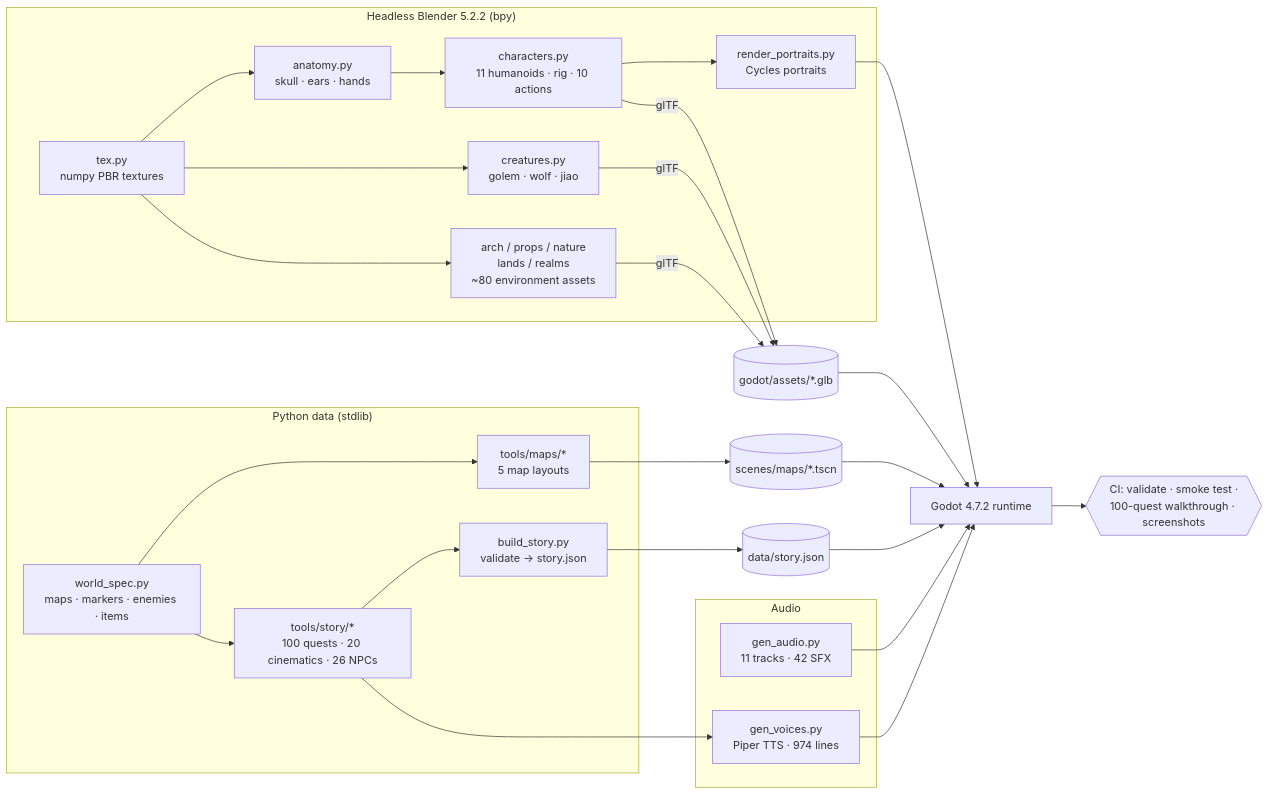
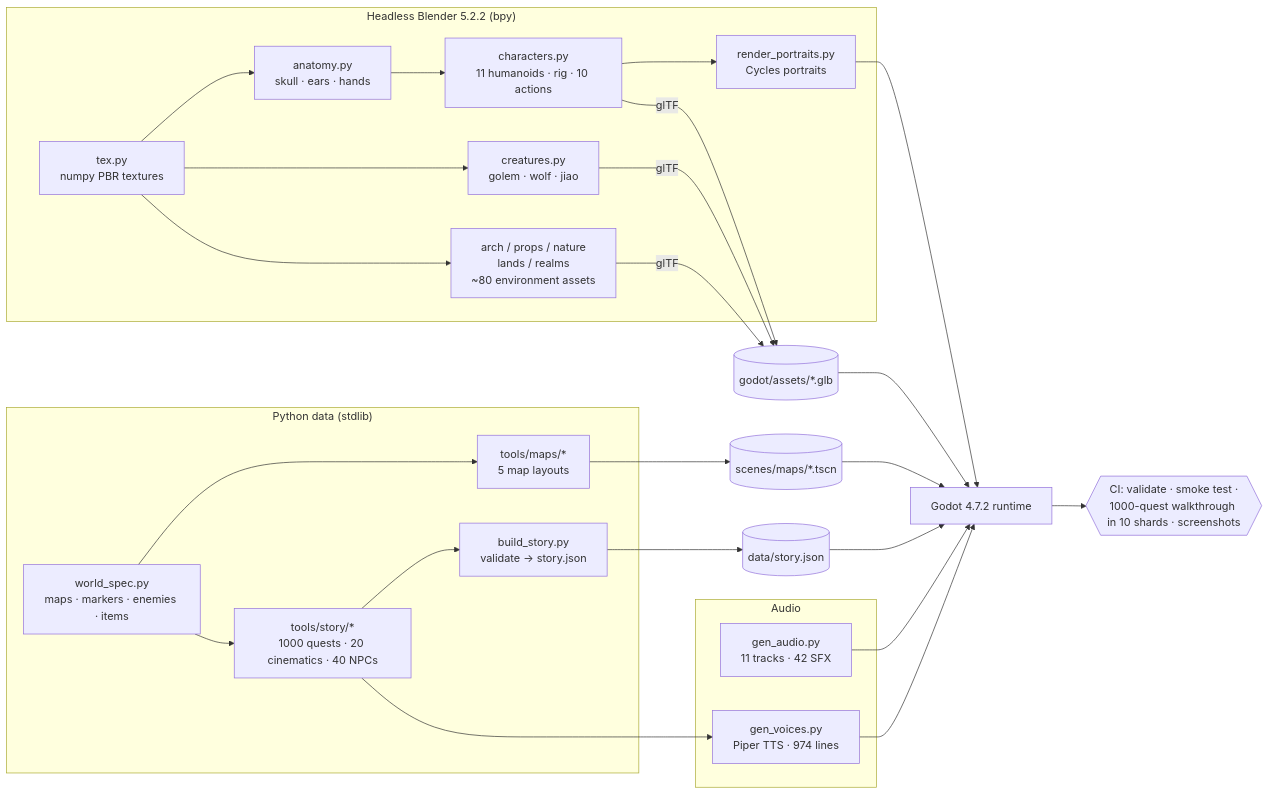
Before and after one commit to jgyy/vnxianxia: the second of 3 diagrams in README.md, drawn with Mermaid. The commit also changed other lines of this file and 58 other files, not shown here.

````diff
--- a/README.md
+++ b/README.md
@@ -89,25 +106,25 @@
 ```mermaid
 flowchart LR
     subgraph Blender["Headless Blender 5.2.2 (bpy)"]
         T[tex.py<br/>numpy PBR textures] --> AN[anatomy.py<br/>skull · ears · hands]
         AN --> CH[characters.py<br/>11 humanoids · rig · 10 actions]
         T --> CR[creatures.py<br/>golem · wolf · jiao]
         T --> EN[arch / props / nature<br/>lands / realms<br/>~80 environment assets]
         CH --> PR[render_portraits.py<br/>Cycles portraits]
     end
     subgraph Data["Python data (stdlib)"]
         WS[world_spec.py<br/>maps · markers · enemies · items] --> MAPS[tools/maps/*<br/>5 map layouts]
-        WS --> ST[tools/story/*<br/>100 quests · 20 cinematics · 26 NPCs]
+        WS --> ST[tools/story/*<br/>1000 quests · 20 cinematics · 40 NPCs]
         ST --> BS[build_story.py<br/>validate → story.json]
     end
     subgraph Audio["Audio"]
         GA[gen_audio.py<br/>11 tracks · 42 SFX] 
         GV[gen_voices.py<br/>Piper TTS · 974 lines]
     end
     CH & CR & EN -->|glTF| G[(godot/assets/*.glb)]
     MAPS --> SC[(scenes/maps/*.tscn)]
     BS --> SJ[(data/story.json)]
     ST --> GV
     G & SC & SJ & PR & GA & GV --> RT[Godot 4.7.2 runtime]
-    RT --> CI{{CI: validate · smoke test ·<br/>100-quest walkthrough · screenshots}}
+    RT --> CI{{CI: validate · smoke test ·<br/>1000-quest walkthrough in 10 shards · screenshots}}
 ```
````
